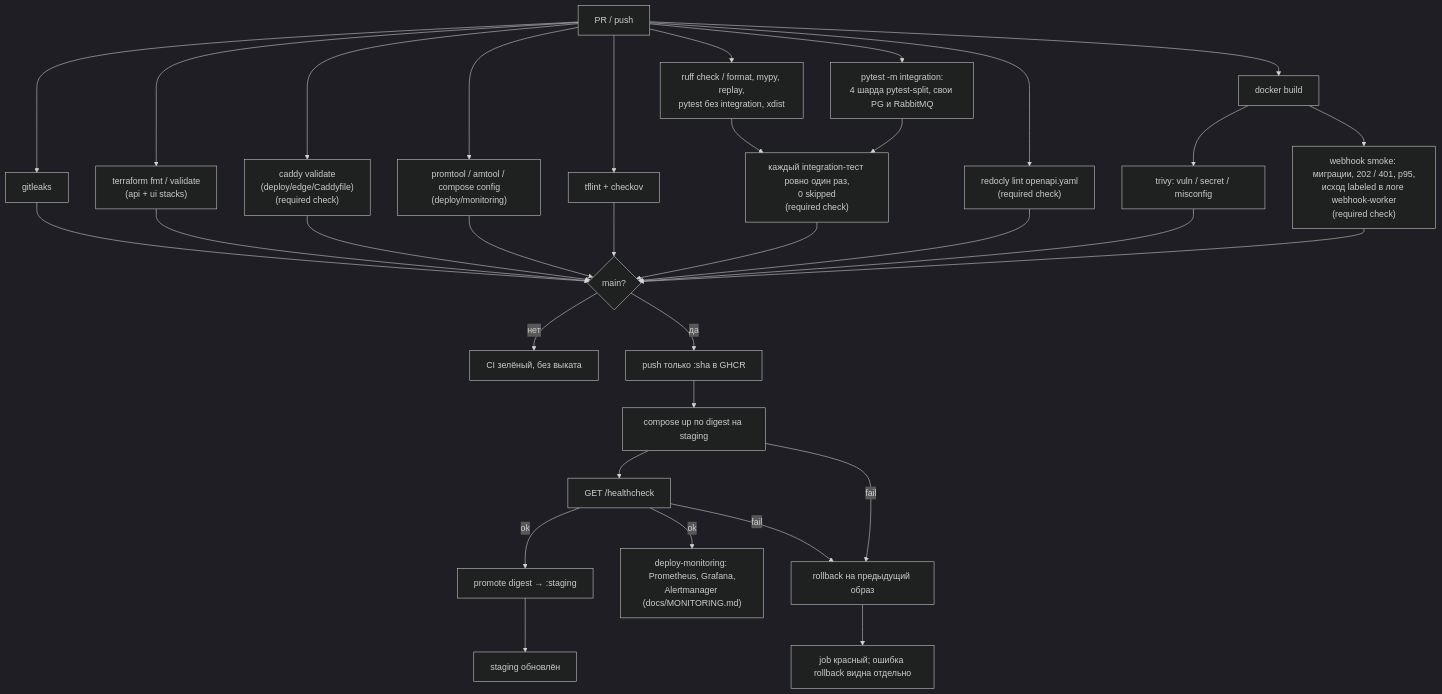
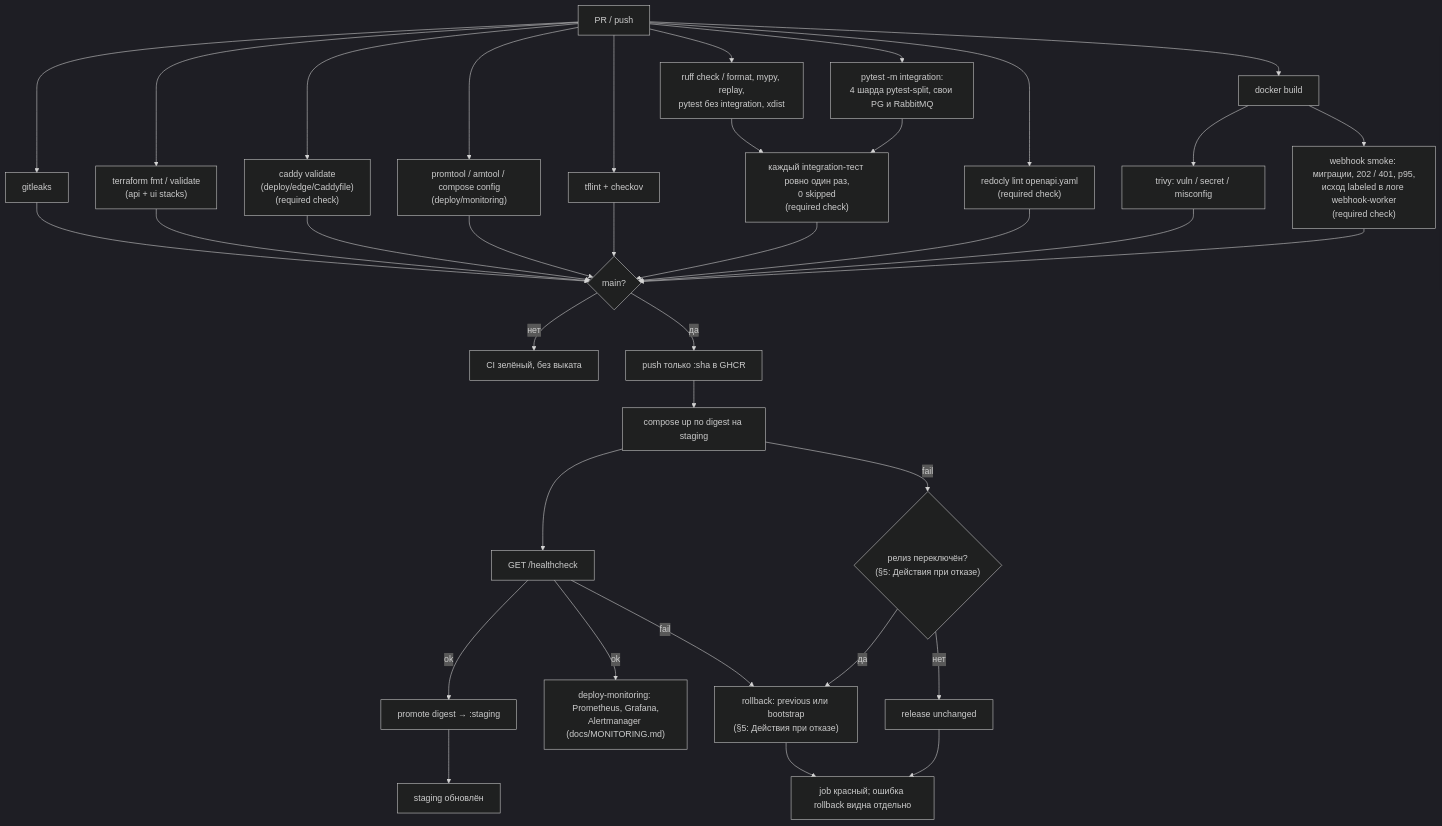
One commit to larchanka-training/dmc-268-api-t6 changed the diagram in docs/CICD.md. Above: the diagram before and after it, drawn with Mermaid (dark theme). The commit also changed other lines of this file and 5 other files, not shown here.

Commit message:
test(deploy): cover late rollback switch and align runbook (#215)

````diff
--- a/docs/CICD.md
+++ b/docs/CICD.md
@@ -15,35 +15,38 @@
 ```mermaid
 flowchart TD
   pr["PR / push"] --> secrets["gitleaks"]
   pr --> tf["terraform fmt / validate\n(api + ui stacks)"]
   pr --> caddy["caddy validate\n(deploy/edge/Caddyfile)\n(required check)"]
   pr --> mon["promtool / amtool / compose config\n(deploy/monitoring)"]
   pr --> lint["tflint + checkov"]
   pr --> unit["ruff check / format, mypy, replay,\npytest без integration, xdist"]
   pr --> integ["pytest -m integration:\n4 шарда pytest-split, свои PG и RabbitMQ"]
   unit --> py["каждый integration-тест ровно один раз,\n0 skipped\n(required check)"]
   integ --> py
   pr --> oas["redocly lint openapi.yaml\n(required check)"]
   pr --> build["docker build"]
   build --> scan["trivy: vuln / secret / misconfig"]
   build --> smoke["webhook smoke: миграции, 202 / 401, p95,\nисход labeled в логе webhook-worker\n(required check)"]
   secrets --> gate{"main?"}
   py --> gate
   tf --> gate
   caddy --> gate
   mon --> gate
   lint --> gate
   scan --> gate
   oas --> gate
   smoke --> gate
   gate -->|нет| stop["CI зелёный, без выката"]
   gate -->|да| push["push только :sha в GHCR"]
   push --> deploy["compose up по digest на staging"]
   deploy --> health["GET /healthcheck"]
   health -->|ok| promote["promote digest → :staging"]
   promote --> done["staging обновлён"]
   health -->|ok| monitoring["deploy-monitoring: Prometheus, Grafana,\nAlertmanager (docs/MONITORING.md)"]
-  health -->|fail| rb["rollback на предыдущий образ"]
-  deploy -->|fail| rb
-  rb --> fail["job красный; ошибка rollback видна отдельно"]
+  health -->|fail| rb["rollback: previous или bootstrap\n(§5: Действия при отказе)"]
+  deploy -->|fail| switched{"релиз переключён?\n(§5: Действия при отказе)"}
+  switched -->|да| rb
+  switched -->|нет| unchanged["release unchanged"]
+  unchanged --> fail["job красный; ошибка rollback видна отдельно"]
+  rb --> fail
 ```
````
